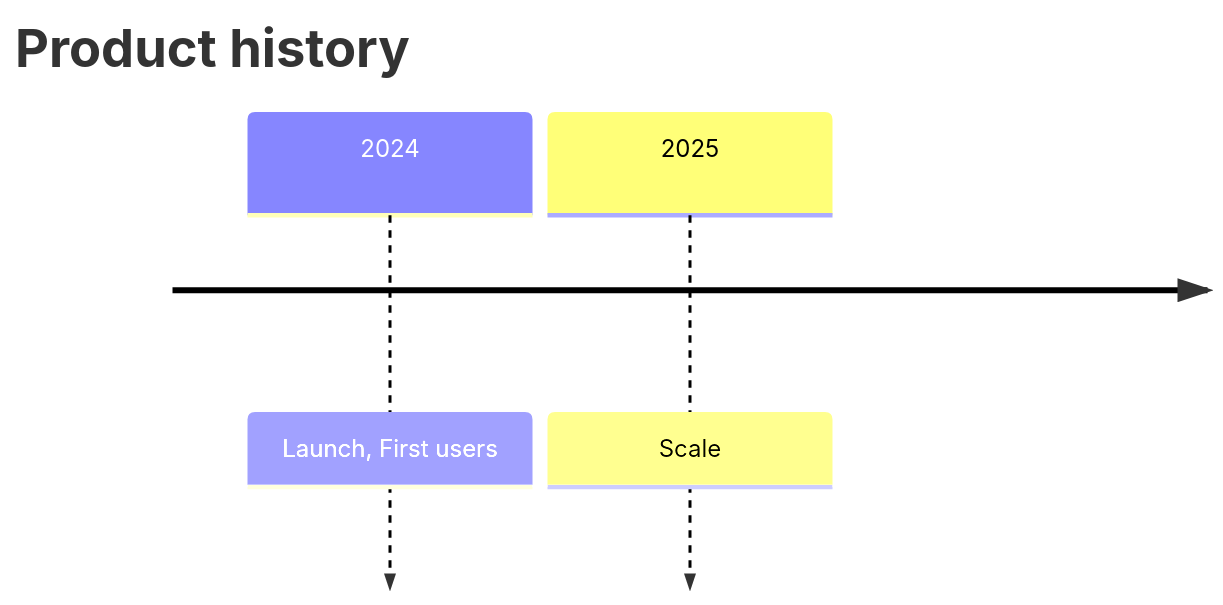
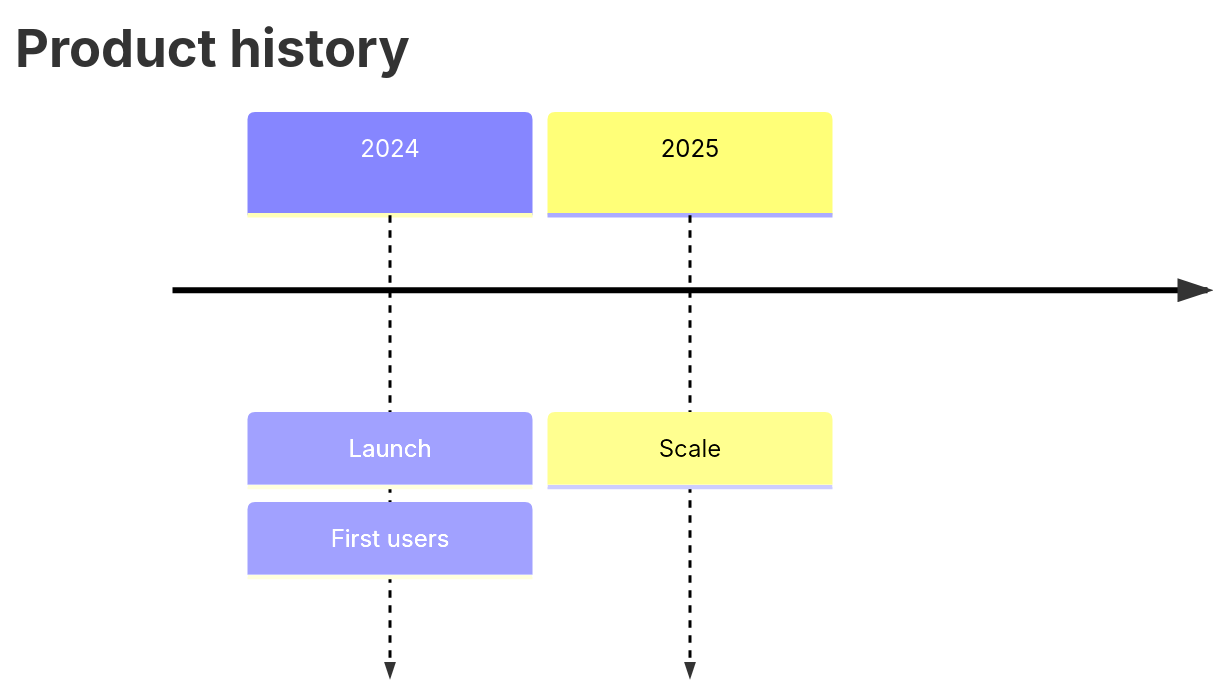
Before and after one commit to botiverse/mermaid-native: the diagram in samples/timeline-product-history.mmd, drawn with Mermaid. The commit also changed 3 other files, not shown here.

Commit message:
fix(timeline): parse colon-separated events

```diff
--- a/samples/timeline-product-history.mmd
+++ b/samples/timeline-product-history.mmd
@@ -1,4 +1,4 @@
 timeline
   title Product history
-  2024 : Launch, First users
+2024 : Launch : First users
   2025 : Scale
```
